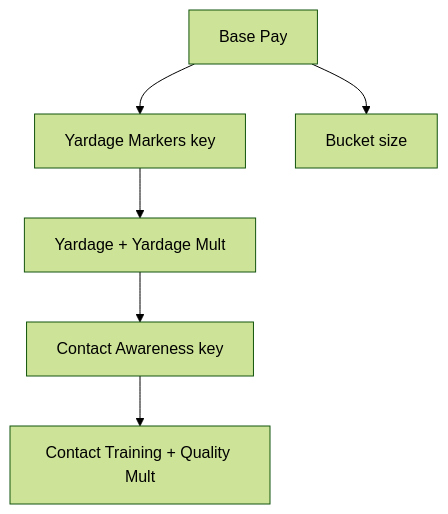
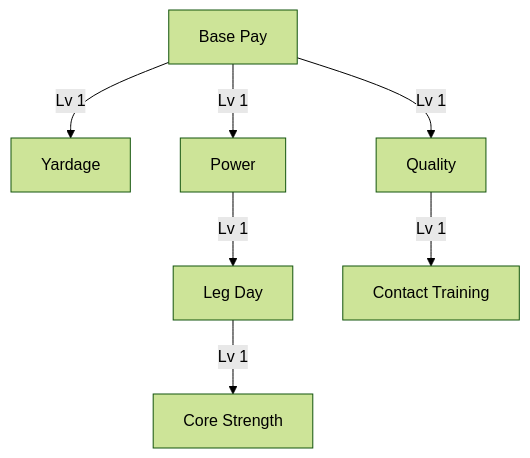
One commit to bicrick/golf_incremental changed the diagram in docs/v2/04-upgrade-tree.md. Above: the diagram before and after it, drawn with Mermaid (forest theme). The commit also changed other lines of this file and 76 other files, not shown here.

````diff
--- a/docs/v2/04-upgrade-tree.md
+++ b/docs/v2/04-upgrade-tree.md
@@ -11,8 +13,9 @@
 ```mermaid
 flowchart TB
-  basePay[Base Pay] --> yardageKey[Yardage Markers key]
-  yardageKey --> yardageBranch[Yardage + Yardage Mult]
-  yardageBranch --> qualityKey[Contact Awareness key]
-  qualityKey --> qualityBranch[Contact Training + Quality Mult]
-  basePay --> bucketBranch[Bucket size]
+  basePay[Base Pay] -->|"Lv 1"| yardage[Yardage]
+  basePay -->|"Lv 1"| quality[Quality]
+  basePay -->|"Lv 1"| power[Power]
+  power -->|"Lv 1"| legDay[Leg Day]
+  legDay -->|"Lv 1"| coreStrength[Core Strength]
+  quality -->|"Lv 1"| contactTraining[Contact Training]
 ```
````
